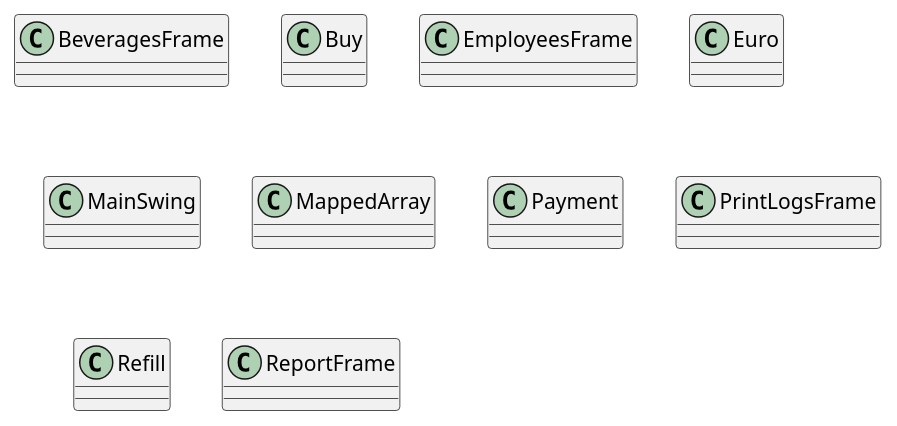
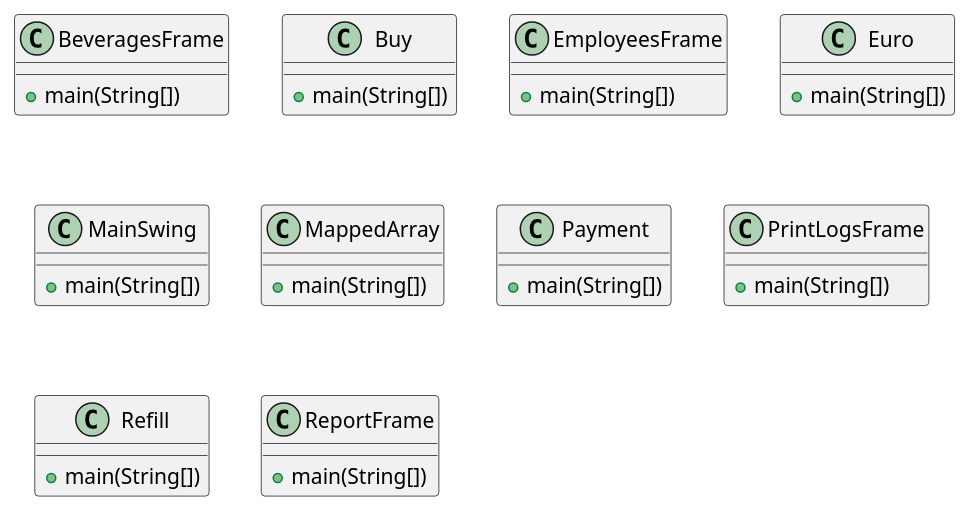
The sixth of 8 diagrams in templates/DesignDocumentTemplate.md (salvatore-dimartino/LaTazza), drawn with PlantUML before and after one commit. The commit also changed other lines of this file, not shown here.

````diff
--- a/templates/DesignDocumentTemplate.md
+++ b/templates/DesignDocumentTemplate.md
@@ -216,47 +256,47 @@
 ```plantuml
 @startuml
 allowmixing
 
 class BeveragesFrame {
-
+    +main(String[])
 }
 
 class Buy {
-
+    +main(String[])
 }
 
 class EmployeesFrame {
-
+    +main(String[])
 }
 
 class Euro {
-
+    +main(String[])
 }
 
 class MainSwing {
-
+    +main(String[])
 }
 
 class MappedArray {
-
+    +main(String[])
 }
 
 class Payment {
-
+    +main(String[])
 }
 
 class PrintLogsFrame {
-
+    +main(String[])
 }
 
 class Refill {
-
+    +main(String[])
 }
 
 class ReportFrame {
-
+    +main(String[])
 }
 
 
 @enduml
 ```
````
